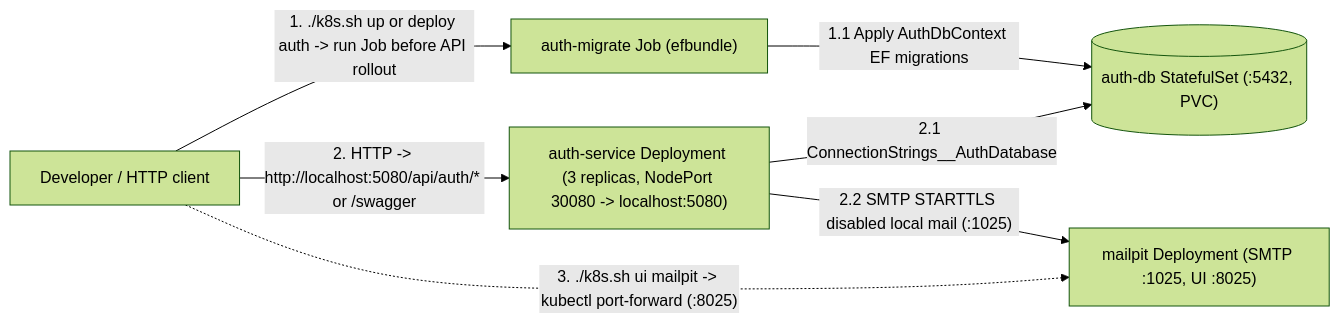
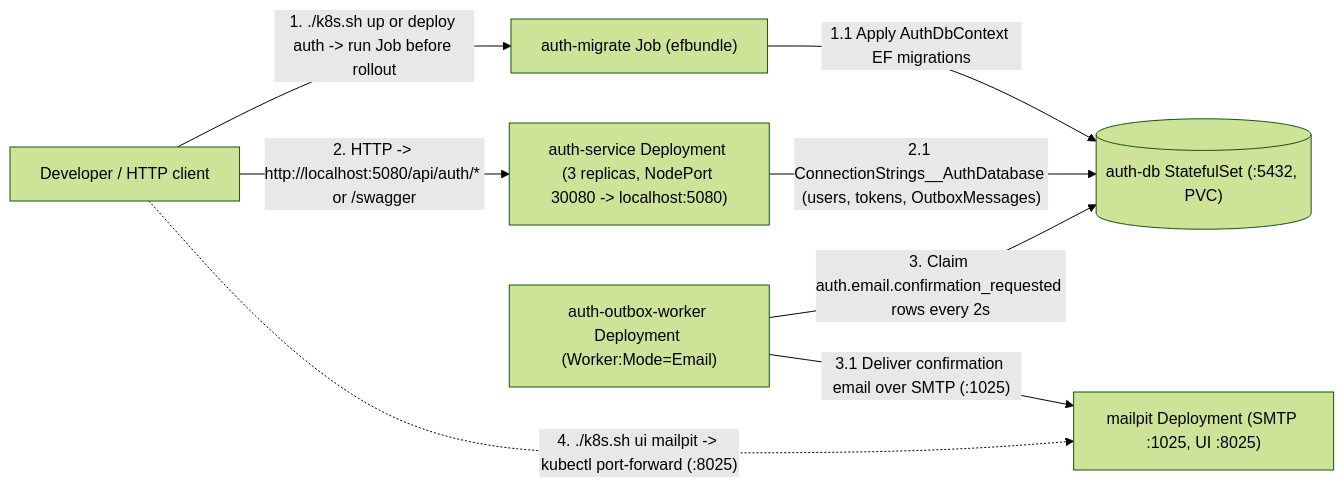
Before and after one commit to bogdan-spilevoi/ASET-master-year-1: the seventh of 7 diagrams in src/Services/Auth/COMMUNICATION.md, drawn with Mermaid (forest theme). The commit also changed other lines of this file and 8 other files, not shown here.

Commit message:
docs: update docs and communication diagrams for Outbox email worker and safe confirmation page

````diff
--- a/src/Services/Auth/COMMUNICATION.md
+++ b/src/Services/Auth/COMMUNICATION.md
@@ -174,15 +204,17 @@
 ```mermaid
 flowchart LR
     Dev["Developer / HTTP client"]
     K8sApi["auth-service Deployment (3 replicas, NodePort 30080 -> localhost:5080)"]
+    EmailWorker["auth-outbox-worker Deployment (Worker:Mode=Email)"]
     MigrateJob["auth-migrate Job (efbundle)"]
     AuthDb[("auth-db StatefulSet (:5432, PVC)")]
     Mailpit["mailpit Deployment (SMTP :1025, UI :8025)"]
 
-    Dev -->|"1. ./k8s.sh up or deploy auth -> run Job before API rollout"| MigrateJob
+    Dev -->|"1. ./k8s.sh up or deploy auth -> run Job before rollout"| MigrateJob
     MigrateJob -->|"1.1 Apply AuthDbContext EF migrations"| AuthDb
     Dev -->|"2. HTTP -> http://localhost:5080/api/auth/* or /swagger"| K8sApi
-    K8sApi -->|"2.1 ConnectionStrings__AuthDatabase"| AuthDb
-    K8sApi -->|"2.2 SMTP STARTTLS disabled local mail (:1025)"| Mailpit
-    Dev -.->|"3. ./k8s.sh ui mailpit -> kubectl port-forward (:8025)"| Mailpit
+    K8sApi -->|"2.1 ConnectionStrings__AuthDatabase (users, tokens, OutboxMessages)"| AuthDb
+    EmailWorker -->|"3. Claim auth.email.confirmation_requested rows every 2s"| AuthDb
+    EmailWorker -->|"3.1 Deliver confirmation email over SMTP (:1025)"| Mailpit
+    Dev -.->|"4. ./k8s.sh ui mailpit -> kubectl port-forward (:8025)"| Mailpit
 ```
````
